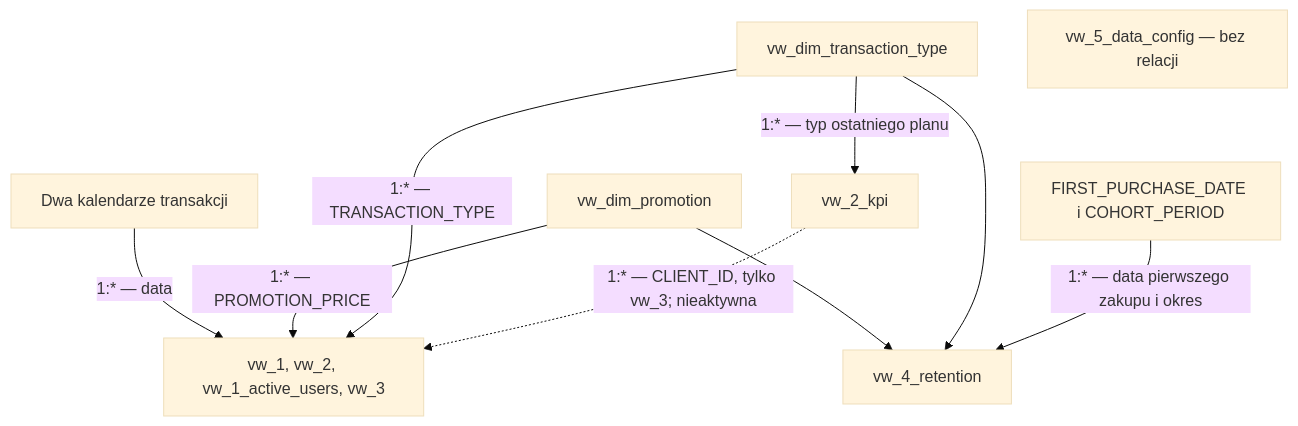
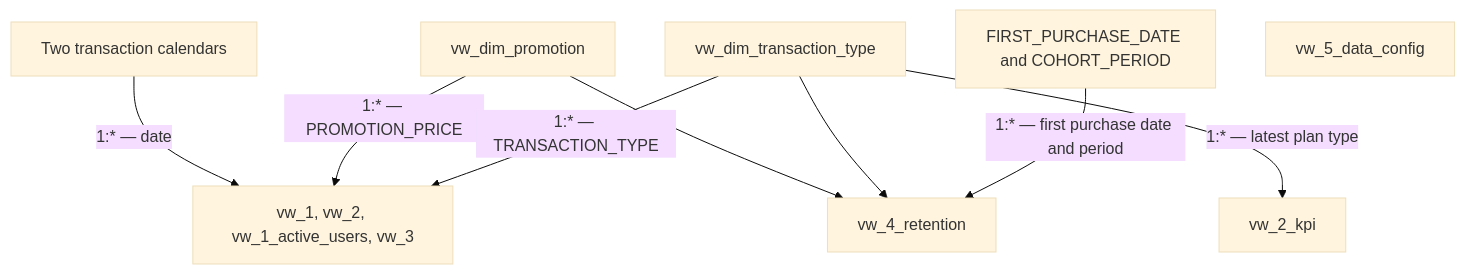
The diagram in 2/README.md (PBugowski/PBugowski.github.io), drawn with Mermaid (base theme) before and after one commit. The commit also changed other lines of this file, not shown here.

````diff
--- a/2/README.md
+++ b/2/README.md
@@ -280,12 +280,11 @@
 ```mermaid
 flowchart TD
-    D["Dwa kalendarze transakcji"] -->|"1:* — data"| R["vw_1, vw_2, vw_1_active_users, vw_3"]
+    D["Two transaction calendars"] -->|"1:* — date"| R["vw_1, vw_2, vw_1_active_users, vw_3"]
     P["vw_dim_promotion"] -->|"1:* — PROMOTION_PRICE"| R
     T["vw_dim_transaction_type"] -->|"1:* — TRANSACTION_TYPE"| R
-    T -->|"1:* — typ ostatniego planu"| K["vw_2_kpi"]
-    K -. "1:* — CLIENT_ID, tylko vw_3; nieaktywna" .-> R
+    T -->|"1:* — latest plan type"| K["vw_2_kpi"]
     P --> C["vw_4_retention"]
     T --> C
-    H["FIRST_PURCHASE_DATE i COHORT_PERIOD"] -->|"1:* — data pierwszego zakupu i okres"| C
-    S["vw_5_data_config — bez relacji"]
+    H["FIRST_PURCHASE_DATE and COHORT_PERIOD"] -->|"1:* — first purchase date and period"| C
+    S["vw_5_data_config"]
 ```
````
